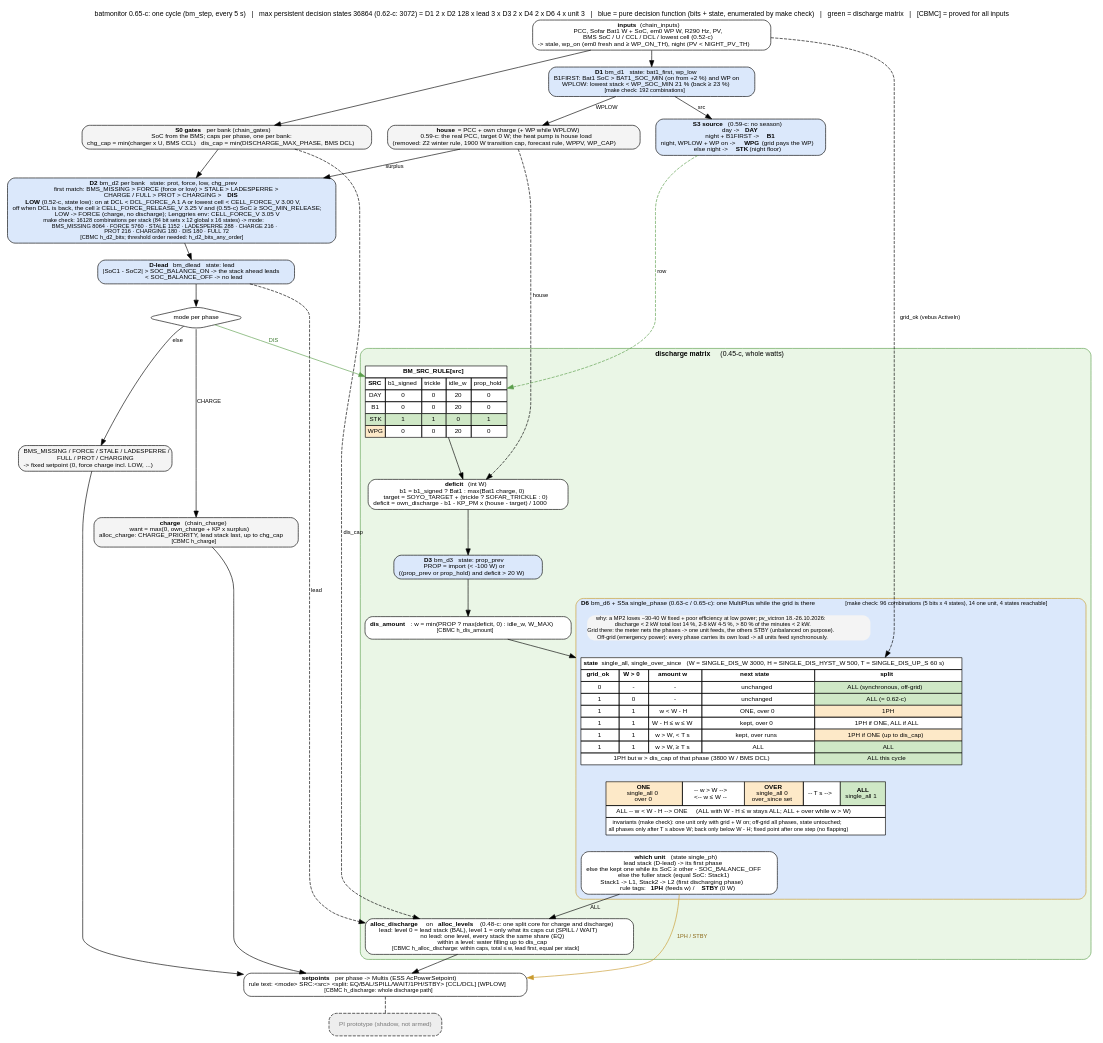
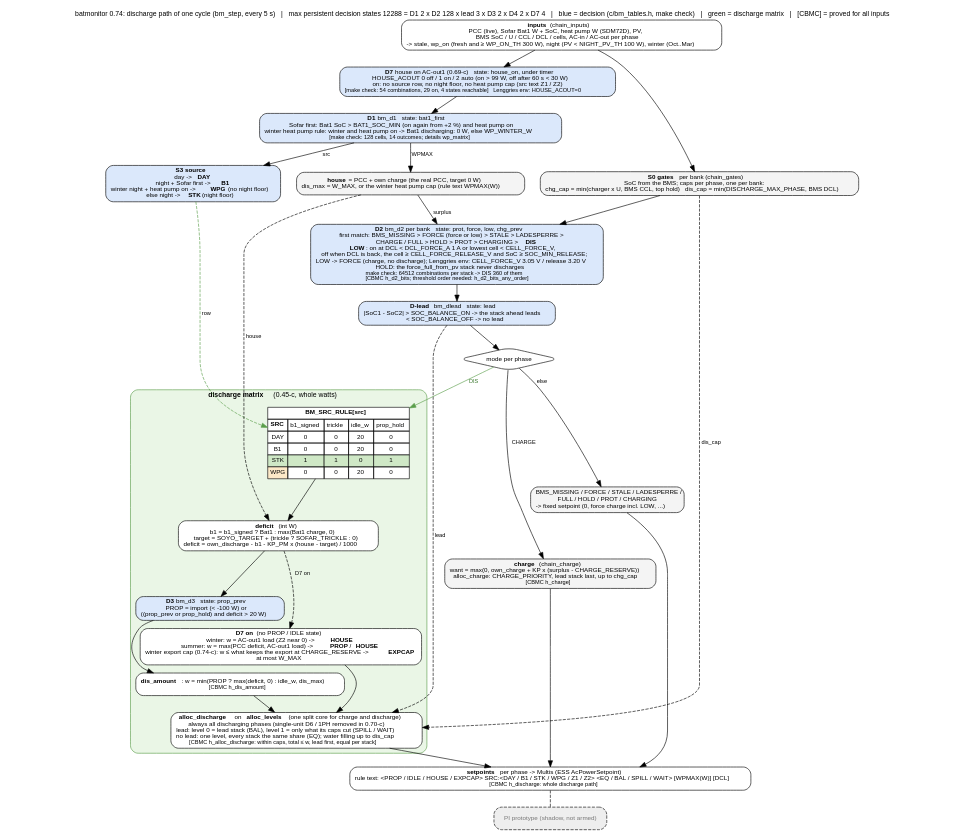
One commit to gerontec/victron changed the diagram in docs/discharge_flow.dot. Above: the diagram before and after it, drawn with Graphviz. The commit also changed 23 other files, not shown here.

First line of the commit message:
docs: diagrams generated from c/bm_tables.h, flow charts updated to 0.74, observed states page

```diff
--- a/docs/discharge_flow.dot
+++ b/docs/discharge_flow.dot
@@ -1,28 +1,30 @@
-// batmonitor 0.45-c: decision flow of one cycle (bm_step), the discharge matrix highlighted.
-// render: dot -Tpdf discharge_flow.dot -o discharge_flow.pdf   (or -Tpng)
+// batmonitor 0.74: decision flow of one cycle (bm_step), the discharge path highlighted.
+// render: python3 docs/gen_docs.py
 digraph batmonitor {
 	graph [rankdir=TB, compound=true, fontname="Helvetica", fontsize=11, nodesep=0.35, ranksep=0.35, newrank=true,
-		   label="batmonitor 0.65-c: one cycle (bm_step, every 5 s)   |   max persistent decision states 36864 (0.62-c: 3072) = D1 2 x D2 128 x lead 3 x D3 2 x D4 2 x D6 4 x unit 3   |   blue = pure decision function (bits + state, enumerated by make check)   |   green = discharge matrix   |   [CBMC] = proved for all inputs",
+		   label="batmonitor 0.74: discharge path of one cycle (bm_step, every 5 s)   |   max persistent decision states 12288 = D1 2 x D2 128 x lead 3 x D3 2 x D4 2 x D7 4   |   blue = decision (c/bm_tables.h, make check)   |   green = discharge matrix   |   [CBMC] = proved for all inputs",
 		   labelloc=t];
 	node [shape=box, style="rounded,filled", fillcolor="#f4f4f4", fontname="Helvetica", fontsize=10];
 	edge [fontname="Helvetica", fontsize=9];
 
-	in [label=<<b>inputs</b> (chain_inputs)<br/>PCC, Sofar Bat1 W + SoC, em0 WP W, R290 Hz, PV,<br/>BMS SoC / U / CCL / DCL / lowest cell (0.52-c)<br/>-&gt; stale, wp_on (em0 fresh and &ge; WP_ON_TH), night (PV &lt; NIGHT_PV_TH)>, fillcolor="#ffffff"];
+	in [label=<<b>inputs</b> (chain_inputs)<br/>PCC (live), Sofar Bat1 W + SoC, heat pump W (SDM72D), PV,<br/>BMS SoC / U / CCL / DCL / cells, AC-in / AC-out per phase<br/>-&gt; stale, wp_on (fresh and &ge; WP_ON_TH 300 W), night (PV &lt; NIGHT_PV_TH 100 W), winter (Oct..Mar)>, fillcolor="#ffffff"];
 
-	d1 [label=<<b>D1</b> bm_d1   state: bat1_first, wp_low<br/>B1FIRST: Bat1 SoC &gt; BAT1_SOC_MIN (on from +2 %) and WP on<br/>WPLOW: lowest stack &lt; WP_SOC_MIN 21 % (back &ge; 23 %)<br/><font point-size="9">[make check: 192 combinations]</font>>, fillcolor="#dbe8fb"];
+	d7 [label=<<b>D7</b> house on AC-out1 (0.69-c)   state: house_on, under timer<br/>HOUSE_ACOUT 0 off / 1 on / 2 auto (on &gt; 99 W, off after 60 s &lt; 30 W)<br/>on: no source row, no night floor, no heat pump cap (src text Z1 / Z2)<br/><font point-size="9">[make check: 54 combinations, 29 on, 4 states reachable]   Lenggries env: HOUSE_ACOUT=0</font>>, fillcolor="#dbe8fb"];
 
-	src [label=<<b>S3 source</b> (0.59-c: no season)<br/>day -&gt; <b>DAY</b><br/>night + B1FIRST -&gt; <b>B1</b><br/>night, WPLOW + WP on -&gt; <b>WPG</b> (grid pays the WP)<br/>else night -&gt; <b>STK</b> (night floor)>, fillcolor="#dbe8fb"];
+	d1 [label=<<b>D1</b> bm_d1   state: bat1_first<br/>Sofar first: Bat1 SoC &gt; BAT1_SOC_MIN (on again from +2 %) and heat pump on<br/>winter heat pump rule: winter and heat pump on -&gt; Bat1 discharging: 0 W, else WP_WINTER_W<br/><font point-size="9">[make check: 128 cells, 14 outcomes; details wp_matrix]</font>>, fillcolor="#dbe8fb"];
 
-	share [label=<<b>house</b> = PCC + own charge (+ WP while WPLOW)<br/>0.59-c: the real PCC, target 0 W; the heat pump is house load<br/>(removed: Z2 winter rule, 1900 W transition cap, forecast rule, WPPV, WP_CAP)>];
+	src [label=<<b>S3 source</b><br/>day -&gt; <b>DAY</b><br/>night + Sofar first -&gt; <b>B1</b><br/>winter night + heat pump on -&gt; <b>WPG</b> (no night floor)<br/>else night -&gt; <b>STK</b> (night floor)>, fillcolor="#dbe8fb"];
 
-	gates [label=<<b>S0 gates</b> per bank (chain_gates)<br/>SoC from the BMS; caps per phase, one per bank:<br/>chg_cap = min(charger x U, BMS CCL)   dis_cap = min(DISCHARGE_MAX_PHASE, BMS DCL)>];
+	share [label=<<b>house</b> = PCC + own charge (the real PCC, target 0 W)<br/>dis_max = W_MAX, or the winter heat pump cap (rule text WPMAX(W))>];
 
-	d2 [label=<<b>D2</b> bm_d2 per bank   state: prot, force, low, chg_prev<br/>first match: BMS_MISSING &gt; FORCE (force or low) &gt; STALE &gt; LADESPERRE &gt;<br/>CHARGE / FULL &gt; PROT &gt; CHARGING &gt; <b>DIS</b><br/><b>LOW</b> (0.52-c, state low): on at DCL &lt; DCL_FORCE_A 1 A or lowest cell &lt; CELL_FORCE_V 3.00 V,<br/>off when DCL is back, the cell &ge; CELL_FORCE_RELEASE_V 3.25 V and (0.55-c) SoC &ge; SOC_MIN_RELEASE;<br/>LOW -&gt; FORCE (charge, no discharge); Lenggries env: CELL_FORCE_V 3.05 V<br/><font point-size="9">make check: 16128 combinations per stack (84 bit sets x 12 global x 16 states) -&gt; mode:<br/>BMS_MISSING 8064 · FORCE 5760 · STALE 1152 · LADESPERRE 288 · CHARGE 216 ·<br/>PROT 216 · CHARGING 180 · DIS 180 · FULL 72</font><br/><font point-size="9">[CBMC h_d2_bits; threshold order needed: h_d2_bits_any_order]</font>>, fillcolor="#dbe8fb"];
+	gates [label=<<b>S0 gates</b> per bank (chain_gates)<br/>SoC from the BMS; caps per phase, one per bank:<br/>chg_cap = min(charger x U, BMS CCL, top hold)   dis_cap = min(DISCHARGE_MAX_PHASE, BMS DCL)>];
+
+	d2 [label=<<b>D2</b> bm_d2 per bank   state: prot, force, low, chg_prev<br/>first match: BMS_MISSING &gt; FORCE (force or low) &gt; STALE &gt; LADESPERRE &gt;<br/>CHARGE / FULL &gt; HOLD &gt; PROT &gt; CHARGING &gt; <b>DIS</b><br/><b>LOW</b>: on at DCL &lt; DCL_FORCE_A 1 A or lowest cell &lt; CELL_FORCE_V,<br/>off when DCL is back, the cell &ge; CELL_FORCE_RELEASE_V and SoC &ge; SOC_MIN_RELEASE;<br/>LOW -&gt; FORCE (charge, no discharge); Lenggries env: CELL_FORCE_V 3.05 V / release 3.20 V<br/>HOLD: the force_full_from_pv stack never discharges<br/><font point-size="9">make check: 64512 combinations per stack -&gt; DIS 360 of them</font><br/><font point-size="9">[CBMC h_d2_bits; threshold order needed: h_d2_bits_any_order]</font>>, fillcolor="#dbe8fb"];
 
 	lead [label=<<b>D-lead</b> bm_dlead   state: lead<br/>|SoC1 - SoC2| &gt; SOC_BALANCE_ON -&gt; the stack ahead leads<br/>&lt; SOC_BALANCE_OFF -&gt; no lead>, fillcolor="#dbe8fb"];
 
 	modesplit [label="mode per phase", shape=diamond, fillcolor="#ffffff"];
-	other [label=<BMS_MISSING / FORCE / STALE / LADESPERRE /<br/>FULL / PROT / CHARGING<br/>-&gt; fixed setpoint (0, force charge incl. LOW, ...)>];
+	other [label=<BMS_MISSING / FORCE / STALE / LADESPERRE /<br/>FULL / HOLD / PROT / CHARGING<br/>-&gt; fixed setpoint (0, force charge incl. LOW, ...)>];
 
 	subgraph cluster_dis {
 		label=<<b>discharge matrix</b> (0.45-c, whole watts)>; style="rounded,filled"; fillcolor="#eaf6e6"; color="#5a9e4b"; fontsize=11;
@@ -37,46 +39,22 @@
 			</table>>];
 		deficit [label=<<b>deficit</b> (int W)<br/>b1 = b1_signed ? Bat1 : max(Bat1 charge, 0)<br/>target = SOYO_TARGET + (trickle ? SOFAR_TRICKLE : 0)<br/>deficit = own_discharge - b1 - KP_PM x (house - target) / 1000>, fillcolor="#ffffff"];
 		d3 [label=<<b>D3</b> bm_d3   state: prop_prev<br/>PROP = import (&lt; -100 W) or<br/>((prop_prev or prop_hold) and deficit &gt; 20 W)>, fillcolor="#dbe8fb"];
-		amount [label=<<b>dis_amount</b>: w = min(PROP ? max(deficit, 0) : idle_w, W_MAX)<br/><font point-size="9">[CBMC h_dis_amount]</font>>, fillcolor="#ffffff"];
-		alloc [label=<<b>alloc_discharge</b> on <b>alloc_levels</b> (0.48-c: one split core for charge and discharge)<br/>lead: level 0 = lead stack (BAL), level 1 = only what its caps cut (SPILL / WAIT)<br/>no lead: one level, every stack the same share (EQ)<br/>within a level: water filling up to dis_cap<br/><font point-size="9">[CBMC h_alloc_discharge: within caps, total &le; w, lead first, equal per stack]</font>>, fillcolor="#ffffff"];
-		subgraph cluster_one {
-			label=<<b>D6</b> bm_d6 + S5a single_phase (0.63-c / 0.65-c): one MultiPlus while the grid is there   <font point-size="9">[make check: 96 combinations (5 bits x 4 states), 14 one unit, 4 states reachable]</font>>; style="rounded,filled"; fillcolor="#dbe8fb"; color="#c99a2e"; fontsize=10;
-			why1 [shape=plain, label=<<font point-size="9">why: a MP2 loses ~30-40 W fixed + poor efficiency at low power; pv_victron 18.-26.10.2026:<br/>discharge &lt; 2 kW total lost 14 %, 2-8 kW 4-5 %, &gt; 80 % of the minutes &lt; 2 kW.<br/>Grid there: the meter nets the phases -&gt; one unit feeds, the others STBY (unbalanced on purpose).<br/>Off-grid (emergency power): every phase carries its own load -&gt; all units feed synchronously.</font>>];
-			sm [shape=plain, label=<
-				<table border="0" cellborder="1" cellspacing="0" cellpadding="3" bgcolor="#ffffff">
-				<tr><td colspan="5"><b>state</b> single_all, single_over_since   (W = SINGLE_DIS_W 3000, H = SINGLE_DIS_HYST_W 500, T = SINGLE_DIS_UP_S 60 s)</td></tr>
-				<tr><td><b>grid_ok</b></td><td><b>W &gt; 0</b></td><td><b>amount w</b></td><td><b>next state</b></td><td><b>split</b></td></tr>
-				<tr><td>0</td><td>-</td><td>-</td><td>unchanged</td><td bgcolor="#cfe8c6">ALL (synchronous, off-grid)</td></tr>
-				<tr><td>1</td><td>0</td><td>-</td><td>unchanged</td><td bgcolor="#cfe8c6">ALL (= 0.62-c)</td></tr>
-				<tr><td>1</td><td>1</td><td>w &lt; W - H</td><td>ONE, over 0</td><td bgcolor="#fde9c8">1PH</td></tr>
-				<tr><td>1</td><td>1</td><td>W - H &le; w &le; W</td><td>kept, over 0</td><td>1PH if ONE, ALL if ALL</td></tr>
-				<tr><td>1</td><td>1</td><td>w &gt; W, &lt; T s</td><td>kept, over runs</td><td bgcolor="#fde9c8">1PH if ONE (up to dis_cap)</td></tr>
-				<tr><td>1</td><td>1</td><td>w &gt; W, &ge; T s</td><td>ALL</td><td bgcolor="#cfe8c6">ALL</td></tr>
-				<tr><td colspan="4">1PH but w &gt; dis_cap of that phase (3800 W / BMS DCL)</td><td bgcolor="#cfe8c6">ALL this cycle</td></tr>
-				</table>>];
-			states [shape=plain, label=<
-				<table border="0" cellborder="1" cellspacing="0" cellpadding="3" bgcolor="#ffffff">
-				<tr><td bgcolor="#fde9c8"><b>ONE</b><br/>single_all 0<br/>over 0</td><td>-- w &gt; W --&gt;<br/>&lt;-- w &le; W --</td><td bgcolor="#fde9c8"><b>OVER</b><br/>single_all 0<br/>over_since set</td><td>-- T s --&gt;</td><td bgcolor="#cfe8c6"><b>ALL</b><br/>single_all 1</td></tr>
-				<tr><td colspan="5">ALL -- w &lt; W - H --&gt; ONE     (ALL with W - H &le; w stays ALL; ALL + over while w &gt; W)</td></tr>
-				<tr><td colspan="5"><font point-size="9">invariants (make check): one unit only with grid + W on; off-grid all phases, state untouched;<br/>all phases only after T s above W; back only below W - H; fixed point after one step (no flapping)</font></td></tr>
-				</table>>];
-			pick [label=<<b>which unit</b> (state single_ph)<br/>lead stack (D-lead) -&gt; its first phase<br/>else the kept one while its SoC &ge; other - SOC_BALANCE_OFF<br/>else the fuller stack (equal SoC: Stack1)<br/>Stack1 -&gt; L1, Stack2 -&gt; L2 (first discharging phase)<br/>rule tags: <b>1PH</b> (feeds w) / <b>STBY</b> (0 W)>, fillcolor="#ffffff"];
-			why1 -> sm [style=invis];
-			sm -> states -> pick [style=invis];
-		}
-		rule -> deficit -> d3 -> amount;
-		amount -> sm [lhead=cluster_one];
-		pick -> alloc [label=" ALL"];
+		amount [label=<<b>dis_amount</b>: w = min(PROP ? max(deficit, 0) : idle_w, dis_max)<br/><font point-size="9">[CBMC h_dis_amount]</font>>, fillcolor="#ffffff"];
+		house [label=<<b>D7 on</b> (no PROP / IDLE state)<br/>winter: w = AC-out1 load (Z2 near 0) -&gt; <b>HOUSE</b><br/>summer: w = max(PCC deficit, AC-out1 load) -&gt; <b>PROP</b> / <b>HOUSE</b><br/>winter export cap (0.74-c): w &le; what keeps the export at CHARGE_RESERVE -&gt; <b>EXPCAP</b><br/>at most W_MAX>, fillcolor="#ffffff"];
+		alloc [label=<<b>alloc_discharge</b> on <b>alloc_levels</b> (one split core for charge and discharge)<br/>always all discharging phases (single-unit D6 / 1PH removed in 0.70-c)<br/>lead: level 0 = lead stack (BAL), level 1 = only what its caps cut (SPILL / WAIT)<br/>no lead: one level, every stack the same share (EQ); water filling up to dis_cap<br/><font point-size="9">[CBMC h_alloc_discharge: within caps, total &le; w, lead first, equal per stack]</font>>, fillcolor="#ffffff"];
+		rule -> deficit -> d3 -> amount -> alloc;
+		deficit -> house [style=dashed, label=" D7 on"];
+		house -> alloc;
 	}
 
-	chg [label=<<b>charge</b> (chain_charge)<br/>want = max(0, own_charge + KP x surplus)<br/>alloc_charge: CHARGE_PRIORITY, lead stack last, up to chg_cap<br/><font point-size="9">[CBMC h_charge]</font>>];
+	chg [label=<<b>charge</b> (chain_charge)<br/>want = max(0, own_charge + KP x (surplus - CHARGE_RESERVE))<br/>alloc_charge: CHARGE_PRIORITY, lead stack last, up to chg_cap<br/><font point-size="9">[CBMC h_charge]</font>>];
 
-	out [label=<<b>setpoints</b> per phase -&gt; Multis (ESS AcPowerSetpoint)<br/>rule text: &lt;mode&gt; SRC:&lt;src&gt; &lt;split: EQ/BAL/SPILL/WAIT/1PH/STBY&gt; [CCL/DCL] [WPLOW]<br/><font point-size="9">[CBMC h_discharge: whole discharge path]</font>>, fillcolor="#ffffff"];
+	out [label=<<b>setpoints</b> per phase -&gt; Multis (ESS AcPowerSetpoint)<br/>rule text: &lt;PROP / IDLE / HOUSE / EXPCAP&gt; SRC:&lt;DAY / B1 / STK / WPG / Z1 / Z2&gt; &lt;EQ / BAL / SPILL / WAIT&gt; [WPMAX(W)] [DCL]<br/><font point-size="9">[CBMC h_discharge: whole discharge path]</font>>, fillcolor="#ffffff"];
 	pi [label="PI prototype (shadow, not armed)", fillcolor="#eeeeee", fontcolor="#777777", style="rounded,filled,dashed"];
 
-	in -> d1;
+	in -> d7 -> d1;
 	d1 -> src [label=" src"];
-	d1 -> share [label=" WPLOW"];
+	d1 -> share [label=" WPMAX"];
 	in -> gates;
 	share -> d2 [label=" surplus"];
 	gates -> d2;
@@ -90,8 +68,6 @@
 	gates -> alloc [style=dashed, label=" dis_cap"];
 	lead -> alloc [style=dashed, label=" lead"];
 	alloc -> out;
-	pick -> out [label=" 1PH / STBY", color="#c99a2e", fontcolor="#8a6716"];
-	in -> sm [style=dashed, label=" grid_ok (vebus ActiveIn)"];
 	chg -> out;
 	other -> out;
 	out -> pi [style=dashed, arrowhead=none];
```
